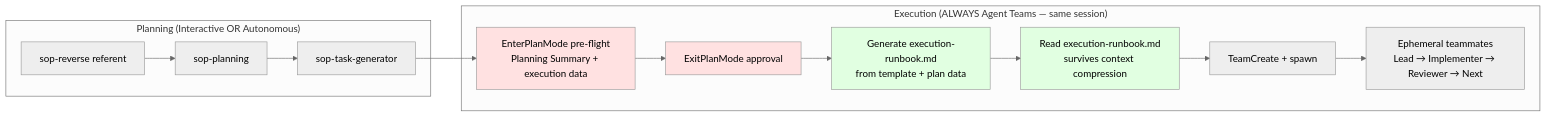
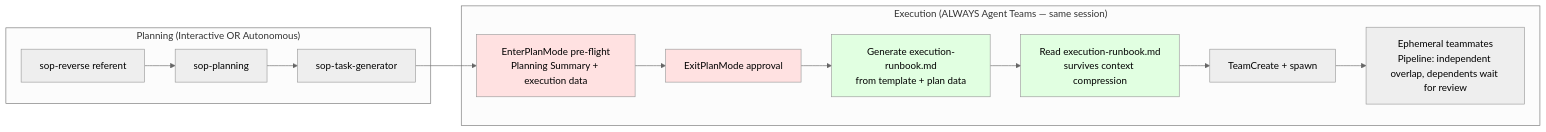
One commit to Dario-Arcos/ai-framework changed the diagram in skills/ralph-orchestrator/references/execution-paths.md. Above: the diagram before and after it, drawn with Mermaid (neutral theme). The commit also changed other lines of this file and 5 other files, not shown here.

````diff
--- a/skills/ralph-orchestrator/references/execution-paths.md
+++ b/skills/ralph-orchestrator/references/execution-paths.md
@@ -169,21 +169,21 @@
 ```mermaid
 graph LR
     subgraph "Planning (Interactive OR Autonomous)"
         A[sop-reverse referent] --> B[sop-planning]
         B --> C[sop-task-generator]
     end
 
     subgraph "Execution (ALWAYS Agent Teams — same session)"
         C --> D[EnterPlanMode pre-flight<br/>Planning Summary + execution data]
         D --> E[ExitPlanMode approval]
         E --> W[Generate execution-runbook.md<br/>from template + plan data]
         W --> R[Read execution-runbook.md<br/>survives context compression]
         R --> G[TeamCreate + spawn]
-        G --> H[Ephemeral teammates<br/>Lead → Implementer → Reviewer → Next]
+        G --> H[Ephemeral teammates<br/>Pipeline: independent overlap, dependents wait for review]
     end
 
     style D fill:#ffe1e1
     style E fill:#ffe1e1
     style W fill:#e1ffe1
     style R fill:#e1ffe1
 ```
````
